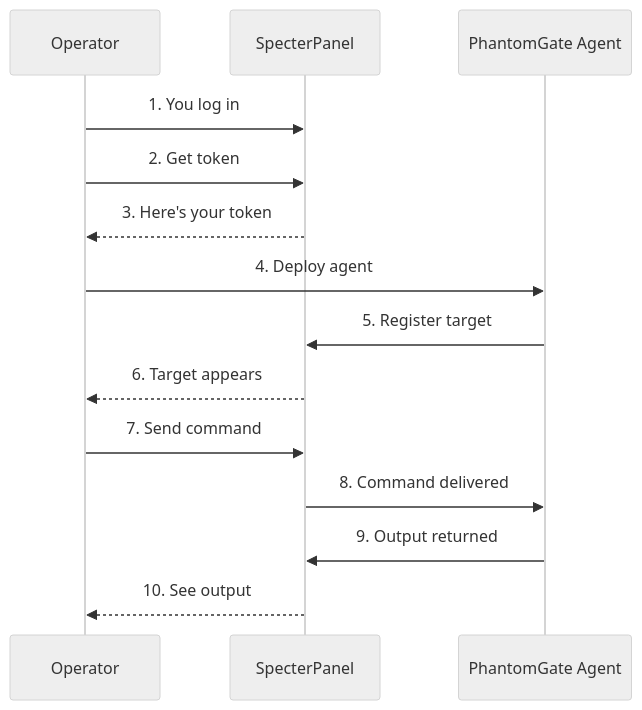
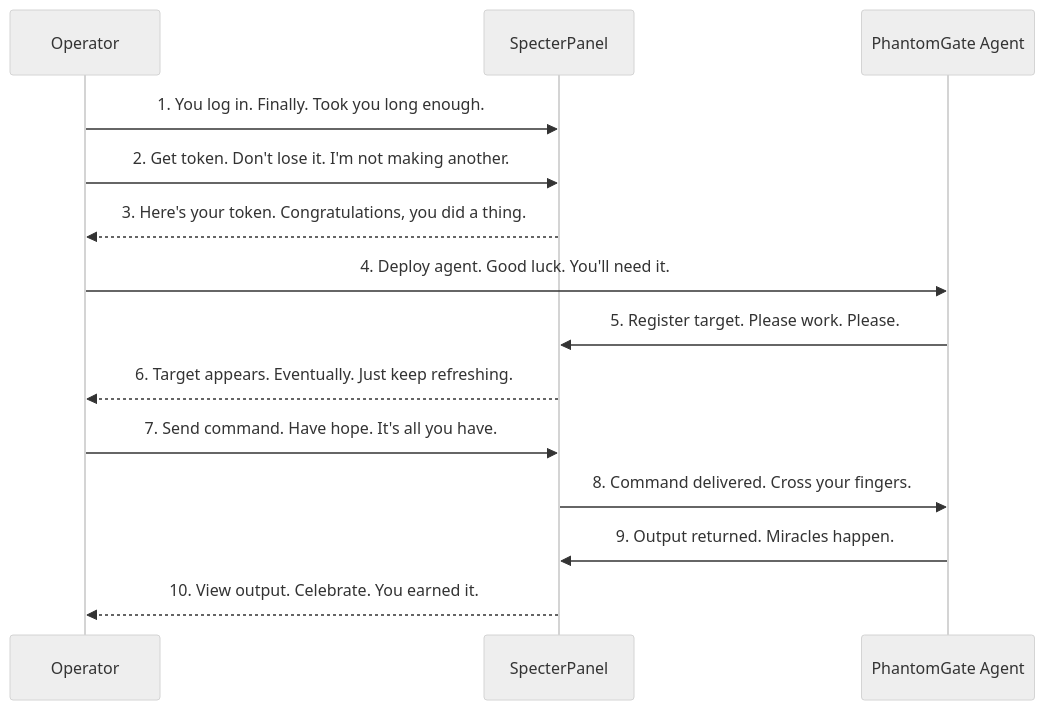
The diagram in README.md (omerKkemal/oh-tool-v2), drawn with Mermaid (neutral theme) before and after one commit. The commit also changed other lines of this file, not shown here.

````diff
--- a/README.md
+++ b/README.md
@@ -59,14 +57,14 @@
 ```mermaid
 sequenceDiagram
     
-    Operator ->> SpecterPanel: 1. You log in
-    Operator ->> SpecterPanel: 2. Get token
-    SpecterPanel -->> Operator: 3. Here's your token
-    Operator ->> PhantomGate Agent: 4. Deploy agent
-    PhantomGate Agent ->> SpecterPanel: 5. Register target
-    SpecterPanel -->> Operator: 6. Target appears
-    Operator ->> SpecterPanel: 7. Send command
-    SpecterPanel ->> PhantomGate Agent: 8. Command delivered
-    PhantomGate Agent ->> SpecterPanel: 9. Output returned
-    SpecterPanel -->> Operator: 10. See output
+    Operator ->> SpecterPanel: 1. You log in. Finally. Took you long enough.
+    Operator ->> SpecterPanel: 2. Get token. Don't lose it. I'm not making another.
+    SpecterPanel -->> Operator: 3. Here's your token. Congratulations, you did a thing.
+    Operator ->> PhantomGate Agent: 4. Deploy agent. Good luck. You'll need it.
+    PhantomGate Agent ->> SpecterPanel: 5. Register target. Please work. Please.
+    SpecterPanel -->> Operator: 6. Target appears. Eventually. Just keep refreshing.
+    Operator ->> SpecterPanel: 7. Send command. Have hope. It's all you have.
+    SpecterPanel ->> PhantomGate Agent: 8. Command delivered. Cross your fingers.
+    PhantomGate Agent ->> SpecterPanel: 9. Output returned. Miracles happen.
+    SpecterPanel -->> Operator: 10. View output. Celebrate. You earned it.
 ```
````
